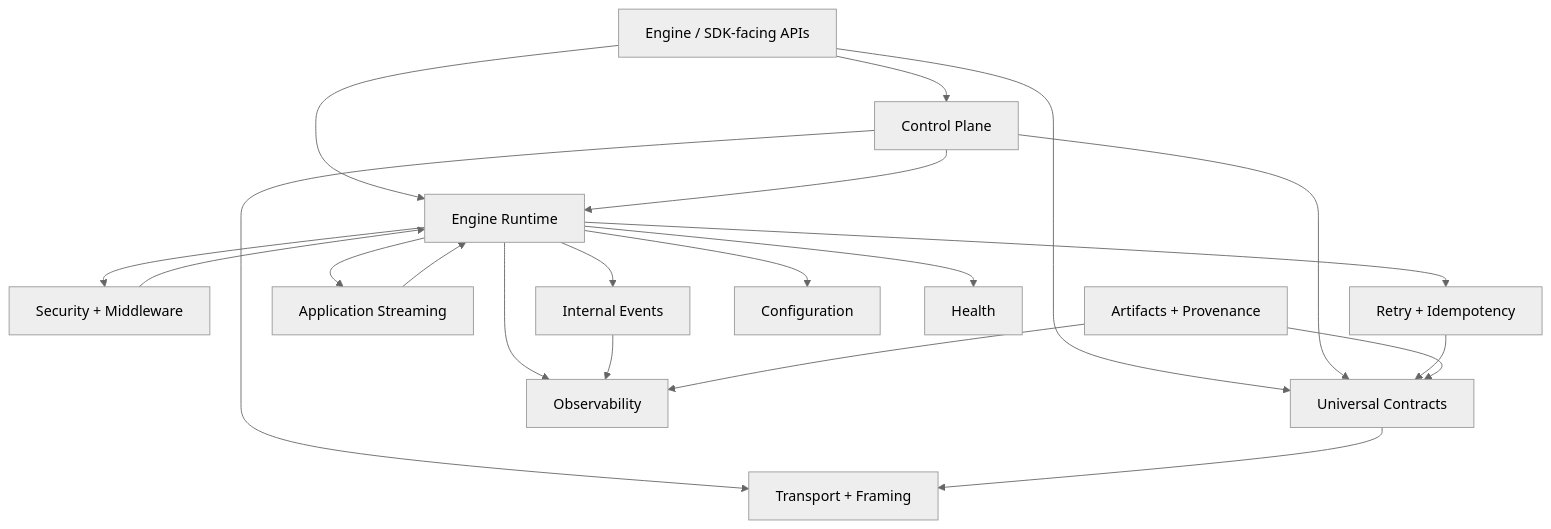
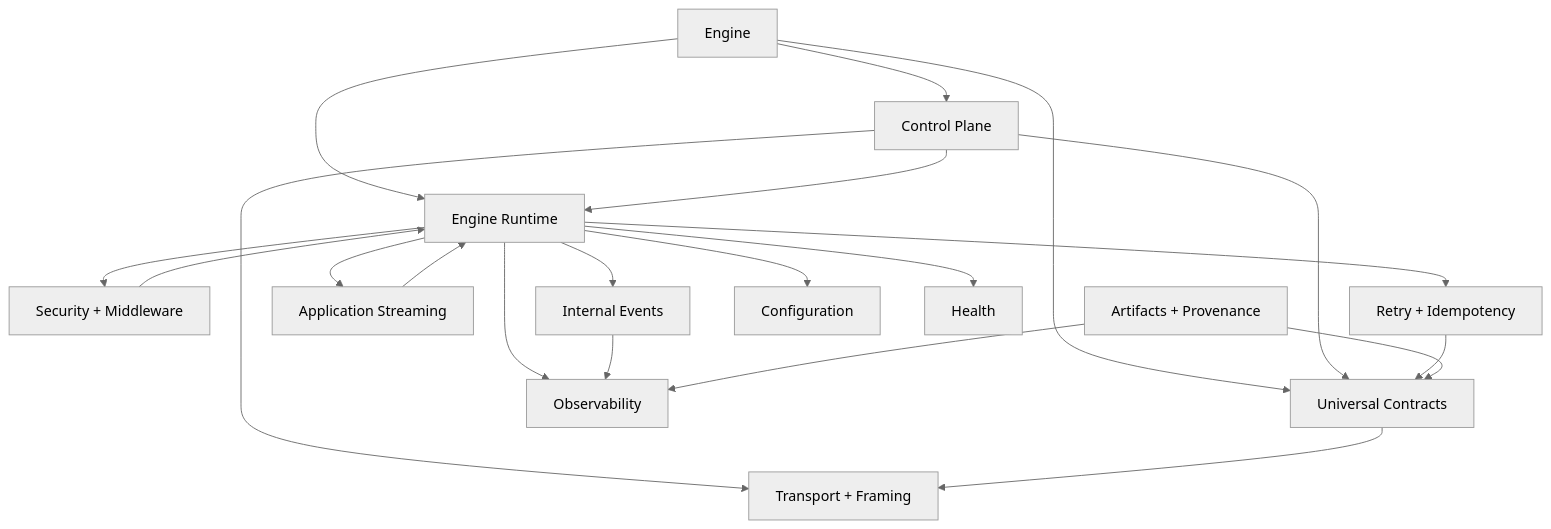
One commit to nizaam-islamic-ecosystem/core changed the second of 18 diagrams in README.md. Above: the diagram before and after it, drawn with Mermaid (neutral theme).

Commit message:
feat: simplify Engine API label in architecture diagram
Updated the Mermaid flowchart in README to rename the "Engine / SDK-facing APIs" node to just "Engine" for a cleaner, more concise representation of the Core architecture layers.

````diff
--- a/README.md
+++ b/README.md
@@ -139,41 +139,41 @@
 ```mermaid
 flowchart TB
-    API["Engine / SDK-facing APIs"]
+    API["Engine"]
 
     CP["Control Plane"]
     Runtime["Engine Runtime"]
     Contracts["Universal Contracts"]
     Security["Security + Middleware"]
     Retry["Retry + Idempotency"]
     Streaming["Application Streaming"]
     Events["Internal Events"]
     Artifact["Artifacts + Provenance"]
     Config["Configuration"]
     Health["Health"]
     Obs["Observability"]
     Transport["Transport + Framing"]
 
     API --> CP
     API --> Runtime
     API --> Contracts
 
     CP --> Runtime
     CP --> Contracts
     CP --> Transport
 
     Runtime --> Security
     Runtime --> Retry
     Runtime --> Streaming
     Runtime --> Events
     Runtime --> Obs
     Runtime --> Config
     Runtime --> Health
 
     Contracts --> Transport
     Retry --> Contracts
     Streaming --> Runtime
     Events --> Obs
     Artifact --> Contracts
     Artifact --> Obs
     Security --> Runtime
 ```
````
